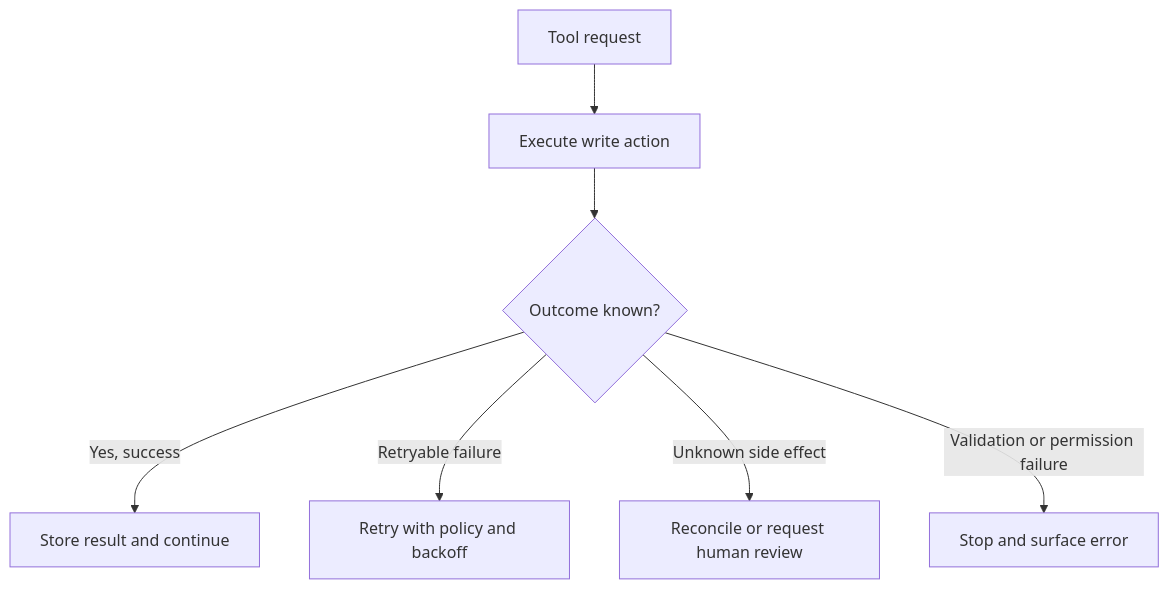
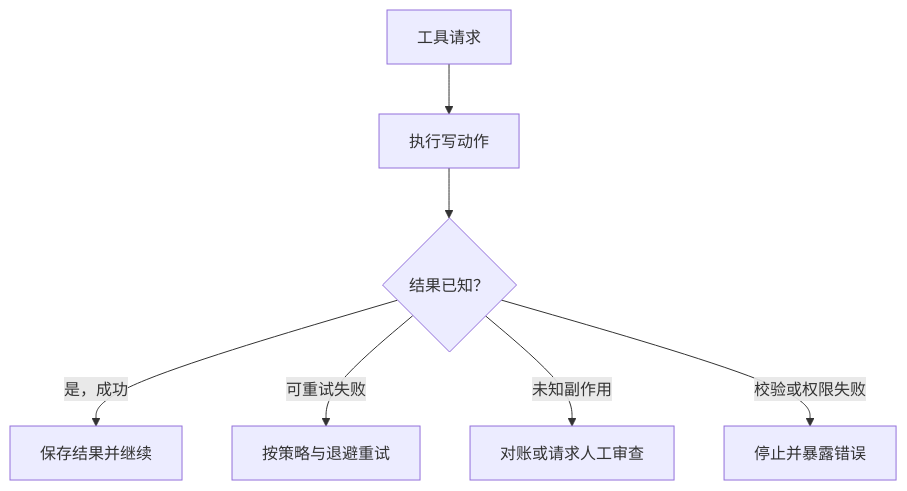
One commit to agent-axiom/agent-arch changed the diagram in docs/book/part-iv/chapter-10.zh.md. Above: the diagram before and after it, drawn with Mermaid. The commit also changed other lines of this file, not shown here.

Commit message:
Polish Chinese chapter ten failure prose

````diff
--- a/docs/book/part-iv/chapter-10.zh.md
+++ b/docs/book/part-iv/chapter-10.zh.md
@@ -115,9 +115,9 @@
 ``` mermaid
 flowchart TD
-    A["Tool request"] --> B["Execute write action"]
-    B --> C{"Outcome known?"}
-    C -->|Yes, success| D["Store result and continue"]
-    C -->|Retryable failure| E["Retry with policy and backoff"]
-    C -->|Unknown side effect| F["Reconcile or request human review"]
-    C -->|Validation or permission failure| G["Stop and surface error"]
+    A["工具请求"] --> B["执行写动作"]
+    B --> C{"结果已知？"}
+    C -->|是，成功| D["保存结果并继续"]
+    C -->|可重试失败| E["按策略与退避重试"]
+    C -->|未知副作用| F["对账或请求人工审查"]
+    C -->|校验或权限失败| G["停止并暴露错误"]
 ```
````
